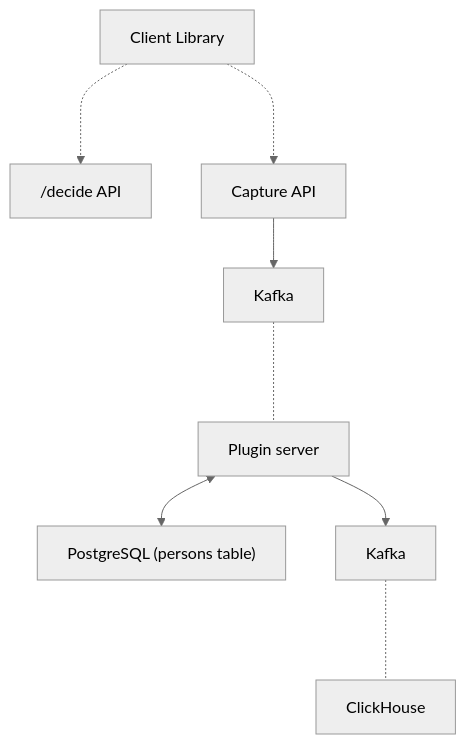
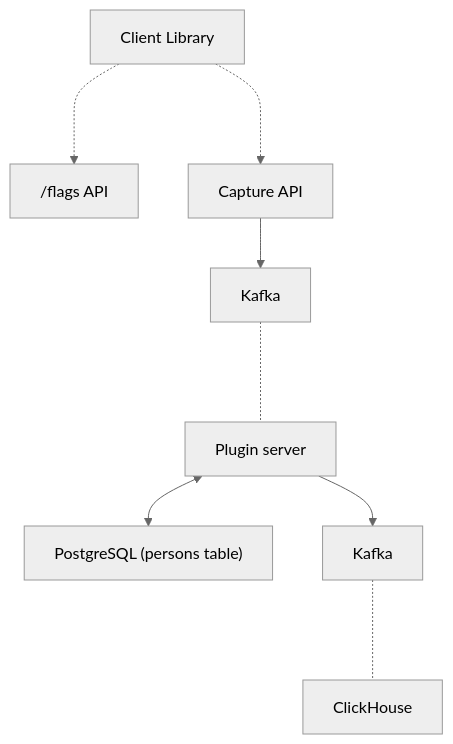
The diagram in contents/blog/how-we-built-an-app-server.md (PostHog/posthog.com), drawn with Mermaid (neutral theme) before and after one commit. The commit also changed 32 other files, not shown here.

````diff
--- a/contents/blog/how-we-built-an-app-server.md
+++ b/contents/blog/how-we-built-an-app-server.md
@@ -214,21 +214,21 @@
 ```mermaid
 graph TD
     CLIENT[Client Library]
-    DECIDE["/decide API"]
+    FLAGS["/flags API"]
     CAPTURE[Capture API]
     PLUGINS[Plugin server]
     PERSONS["PostgreSQL (persons table)"]
     Kafka2[Kafka]
 
-    CLIENT -..-> DECIDE
+    CLIENT -..-> FLAGS
 
     CLIENT -..-> CAPTURE
     CAPTURE --> Kafka
 
     Kafka <-..- PLUGINS
 
     PLUGINS <--> PERSONS
     PLUGINS --> Kafka2
 
     Kafka2 <-..- ClickHouse
 ```
````
